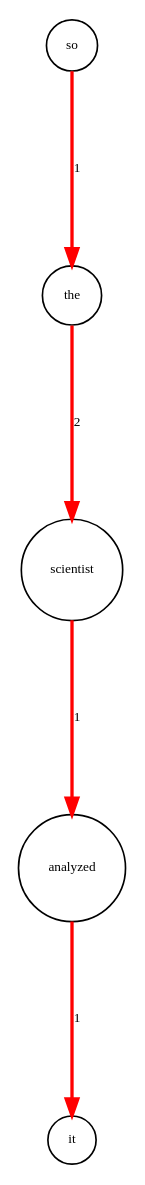
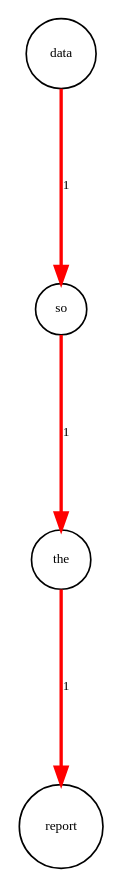
Before and after one commit to fei-fei126/Lab1-2022110525: the diagram in output/shortest/directed_graph_shortest1.dot, drawn with Graphviz. The commit also changed 19 other files, not shown here.

```diff
--- a/output/shortest/directed_graph_shortest1.dot
+++ b/output/shortest/directed_graph_shortest1.dot
@@ -1,14 +1,12 @@
 digraph G {
 	graph [nodesep=0.5, ranksep=1.5, overlap=false, splines=true];
 	node [shape=circle, width=0.4, height=0.4, fontsize=8];
 	edge [fontsize=8];
 	the [label="the"];
-	scientist [label="scientist"];
-	analyzed [label="analyzed"];
-	it [label="it"];
+	data [label="data"];
+	report [label="report"];
 	so [label="so"];
+	data -> so [label="1", color="red", penwidth=2];
 	so -> the [label="1", color="red", penwidth=2];
-	the -> scientist [label="2", color="red", penwidth=2];
-	scientist -> analyzed [label="1", color="red", penwidth=2];
-	analyzed -> it [label="1", color="red", penwidth=2];
+	the -> report [label="1", color="red", penwidth=2];
 }
```
